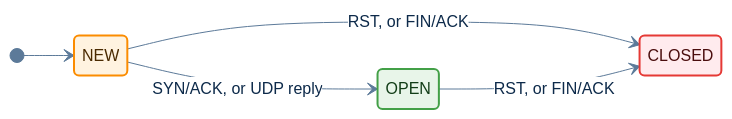
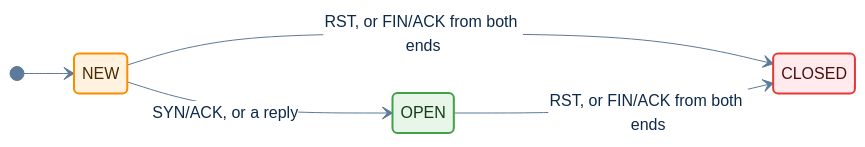
One commit to Active-Telemetry/inetflow changed the second of 4 diagrams in README.md. Above: the diagram before and after it, drawn with Mermaid. The commit also changed other lines of this file and 2 other files, not shown here.

First line of the commit message:
Close a TCP flow when both ends have sent a FIN

````diff
--- a/README.md
+++ b/README.md
@@ -222,15 +222,15 @@
 ```mermaid
 %%{init: {'theme': 'base', 'themeVariables': {'fontFamily': 'Helvetica, Arial, sans-serif', 'primaryColor': '#e3f2fd', 'primaryBorderColor': '#1e88e5', 'primaryTextColor': '#0d2a4a', 'lineColor': '#5c7a99', 'edgeLabelBackground': '#ffffff'}}}%%
 stateDiagram-v2
     direction LR
     [*] --> NEW
-    NEW --> OPEN: SYN/ACK, or UDP reply
-    NEW --> CLOSED: RST, or FIN/ACK
-    OPEN --> CLOSED: RST, or FIN/ACK
+    NEW --> OPEN: SYN/ACK, or a reply
+    NEW --> CLOSED: RST, or FIN/ACK from both ends
+    OPEN --> CLOSED: RST, or FIN/ACK from both ends
     classDef new fill:#fff3e0,stroke:#fb8c00,stroke-width:2px,color:#4a2a00
     classDef open fill:#e8f5e9,stroke:#43a047,stroke-width:2px,color:#123d17
     classDef closed fill:#ffebee,stroke:#e53935,stroke-width:2px,color:#4a0d0d
     class NEW new
     class OPEN open
     class CLOSED closed
 ```
````
